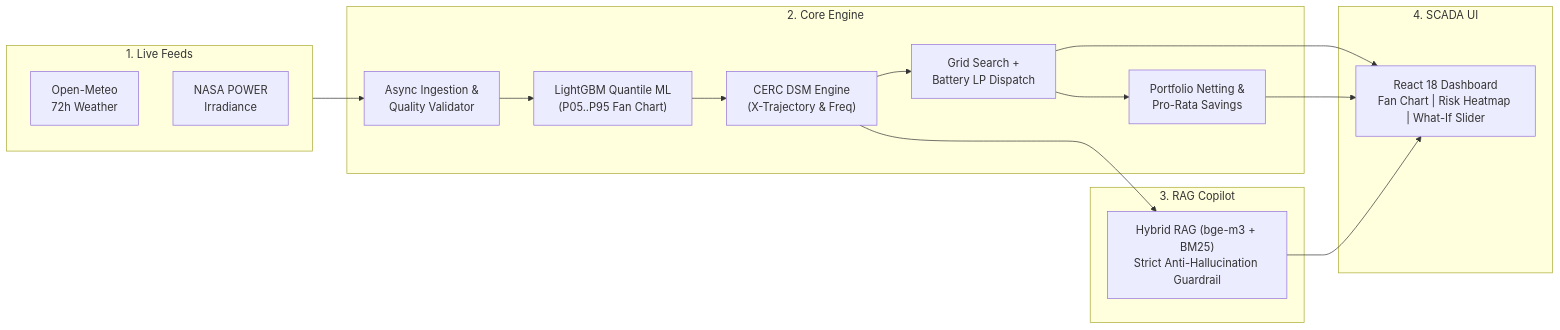
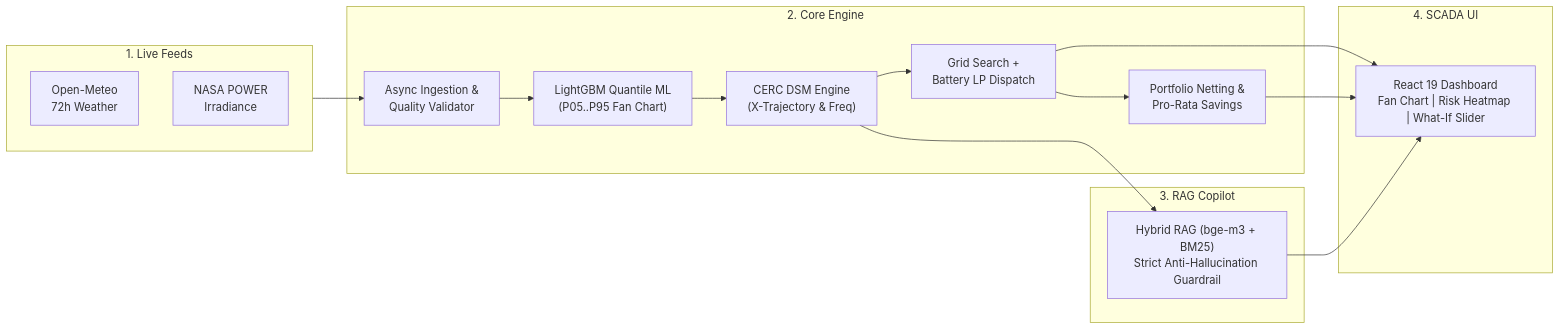
One commit to Meetvirugama/AI-Powered-Renewable-Generation-Forecasting-Platform changed the diagram in README.md. Above: the diagram before and after it, drawn with Mermaid. The commit also changed other lines of this file and 5 other files, not shown here.

First line of the commit message:
docs: add architecture diagram, frontend guide, and real team names

````diff
--- a/README.md
+++ b/README.md
@@ -31,29 +31,29 @@
 ```mermaid
 graph LR
     subgraph Inputs["1. Live Feeds"]
         OM["Open-Meteo<br/>72h Weather"]
         NASA["NASA POWER<br/>Irradiance"]
     end
 
     subgraph Pipeline["2. Core Engine"]
         INGEST["Async Ingestion &<br/>Quality Validator"]
         ML["LightGBM Quantile ML<br/>(P05..P95 Fan Chart)"]
         DSM["CERC DSM Engine<br/>(X-Trajectory & Freq)"]
         OPT["Grid Search +<br/>Battery LP Dispatch"]
         POOL["Portfolio Netting &<br/>Pro-Rata Savings"]
     end
 
     subgraph Explainer["3. RAG Copilot"]
         RAG["Hybrid RAG (bge-m3 + BM25)<br/>Strict Anti-Hallucination Guardrail"]
     end
 
     subgraph UI["4. SCADA UI"]
-        DASH["React 18 Dashboard<br/>Fan Chart | Risk Heatmap | What-If Slider"]
+        DASH["React 19 Dashboard<br/>Fan Chart | Risk Heatmap | What-If Slider"]
     end
 
     Inputs --> INGEST --> ML --> DSM --> OPT --> POOL
     DSM --> RAG
     OPT --> DASH
     POOL --> DASH
     RAG --> DASH
 ```
````
